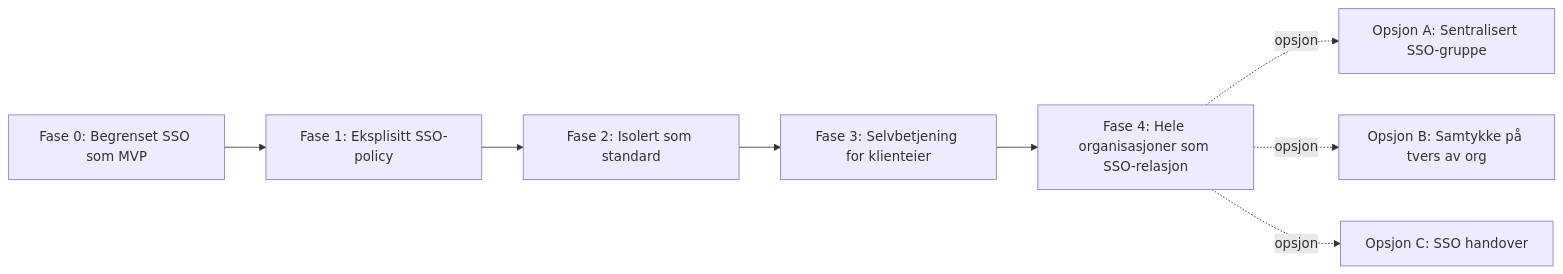
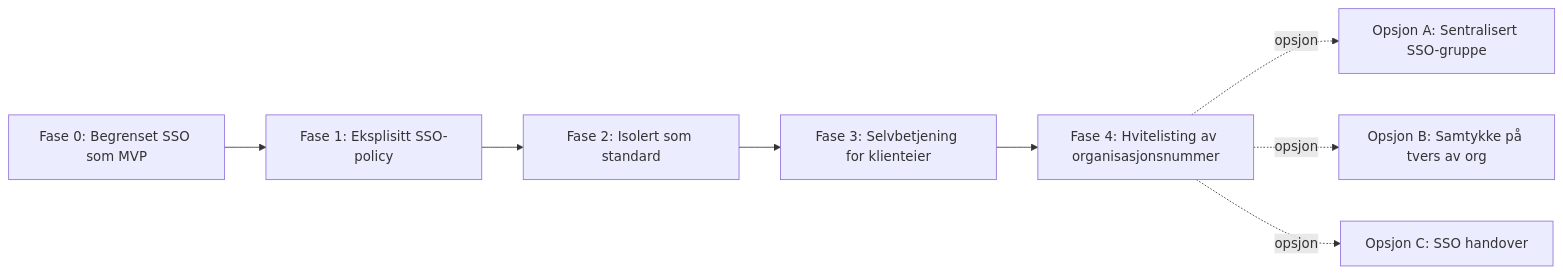
Before and after one commit to felleslosninger/docs: the third of 3 diagrams in _docs/idporten/oidc/oidc_sso_grupper.md, drawn with Mermaid. The commit also changed other lines of this file, not shown here.

Commit message:
legg til vurdering av hvitelisting av organisasjonsnummer i SSO-grupper-teksten

```diff
--- a/_docs/idporten/oidc/oidc_sso_grupper.md
+++ b/_docs/idporten/oidc/oidc_sso_grupper.md
@@ -284,10 +296,10 @@
 <div class="mermaid">
 graph LR
     F0[Fase 0: Begrenset SSO som MVP] --> F1[Fase 1: Eksplisitt SSO-policy]
     F1 --> F2[Fase 2: Isolert som standard]
     F2 --> F3[Fase 3: Selvbetjening for klienteier]
-    F3 --> F4[Fase 4: Hele organisasjoner som SSO-relasjon]
+    F3 --> F4[Fase 4: Hvitelisting av organisasjonsnummer]
     F4 -. opsjon .-> OA[Opsjon A: Sentralisert SSO-gruppe]
     F4 -. opsjon .-> OB[Opsjon B: Samtykke på tvers av org]
     F4 -. opsjon .-> OC[Opsjon C: SSO handover]
 </div>
```
